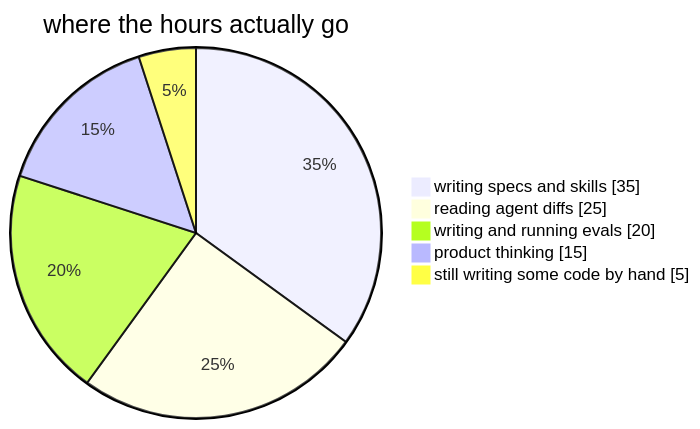
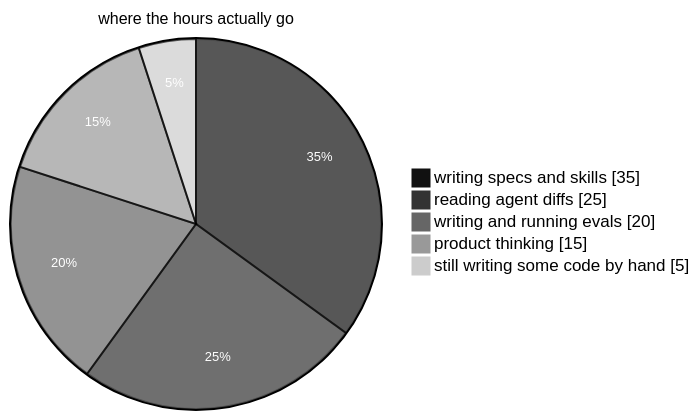
Before and after one commit to AbhiiGatty/AbhiiGatty: the second of 3 diagrams in README.md, drawn with Mermaid. The commit also changed other lines of this file, not shown here.

````diff
--- a/README.md
+++ b/README.md
@@ -166,9 +115,10 @@
 ```mermaid
+%%{init: {"pie": {"textPosition": 0.75}, "themeVariables": {"pie1": "#111111", "pie2": "#333333", "pie3": "#666666", "pie4": "#999999", "pie5": "#cccccc", "pieTitleTextSize": "16px", "pieSectionTextSize": "13px", "pieSectionTextColor": "#ffffff", "pieOuterStrokeColor": "#000000"}}}%%
 pie showData
     title where the hours actually go
     "writing specs and skills" : 35
     "reading agent diffs" : 25
     "writing and running evals" : 20
     "product thinking" : 15
     "still writing some code by hand" : 5
 ```
````
